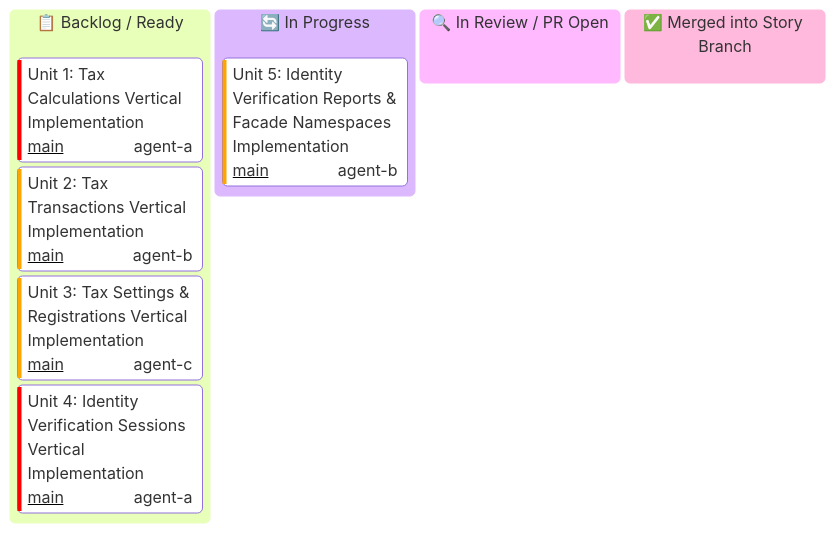
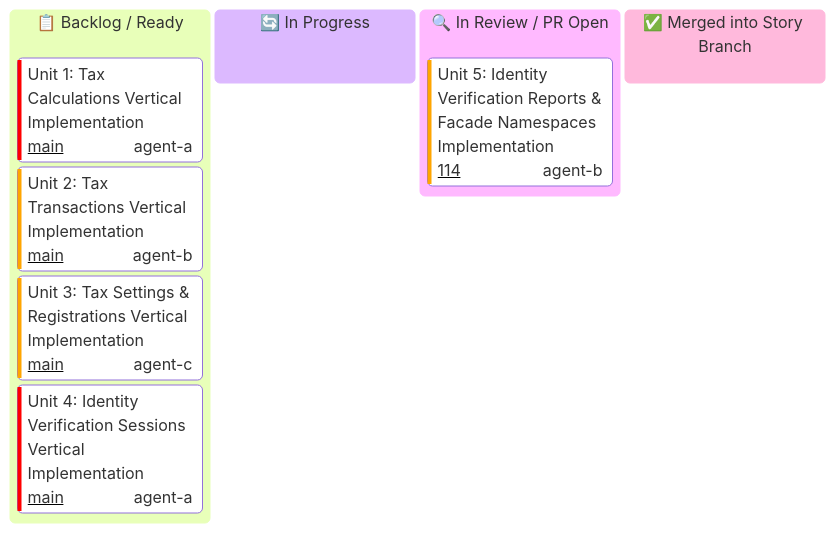
Before and after one commit to some-of-cs/some-stripe: the diagram in docs/user-stories/module-7-specialized-product-namespaces/US-7.1.0-KANBAN.md, drawn with Mermaid. The commit also changed other lines of this file and 1 other file, not shown here.

Commit message:
docs(us-7.1.0/unit-5): update kanban status to in review for PR #114

````diff
--- a/docs/user-stories/module-7-specialized-product-namespaces/US-7.1.0-KANBAN.md
+++ b/docs/user-stories/module-7-specialized-product-namespaces/US-7.1.0-KANBAN.md
@@ -16,17 +16,17 @@
 ```mermaid
 ---
 config:
   kanban:
     ticketBaseUrl: 'https://github.com/some-of-cs/some-stripe/pull/#TICKET#'
 ---
 kanban
   todo[📋 Backlog / Ready]
     u1[Unit 1: Tax Calculations Vertical Implementation]@{ ticket: 'main', assigned: 'agent-a', priority: 'Very High' }
     u2[Unit 2: Tax Transactions Vertical Implementation]@{ ticket: 'main', assigned: 'agent-b', priority: 'High' }
     u3[Unit 3: Tax Settings & Registrations Vertical Implementation]@{ ticket: 'main', assigned: 'agent-c', priority: 'High' }
     u4[Unit 4: Identity Verification Sessions Vertical Implementation]@{ ticket: 'main', assigned: 'agent-a', priority: 'Very High' }
   in_progress[🔄 In Progress]
-    u5[Unit 5: Identity Verification Reports & Facade Namespaces Implementation]@{ ticket: 'main', assigned: 'agent-b', priority: 'High' }
   in_review[🔍 In Review / PR Open]
+    u5[Unit 5: Identity Verification Reports & Facade Namespaces Implementation]@{ ticket: '114', assigned: 'agent-b', priority: 'High' }
   done[✅ Merged into Story Branch]
 ```
````
